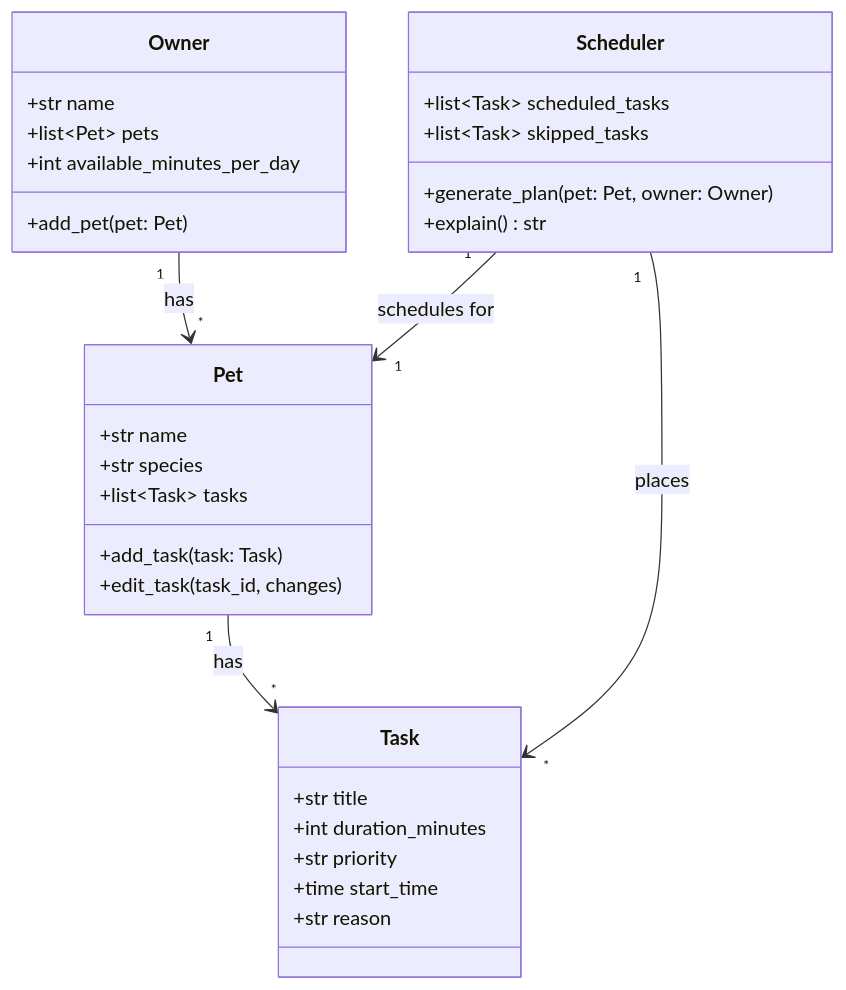
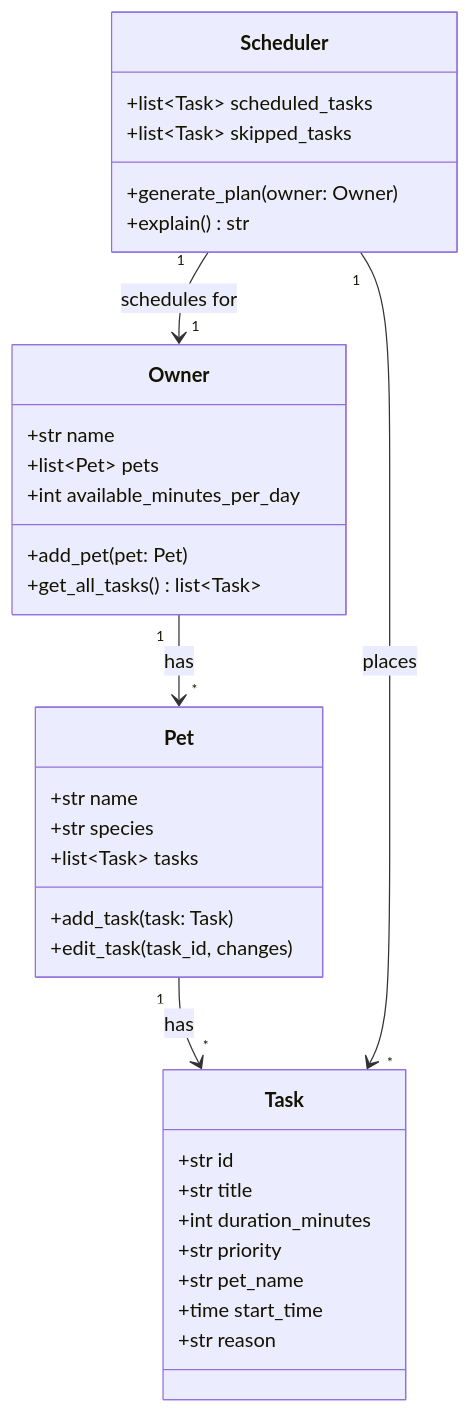
The diagram in diagrams/uml.mmd (Ayomide0727/ai110-module2show-pawpal-starter), drawn with Mermaid before and after one commit. The commit also changed 6 other files, not shown here.

First line of the commit message:
Support multi-pet scheduling, task completion, and tests

```diff
--- a/diagrams/uml.mmd
+++ b/diagrams/uml.mmd
@@ -1,37 +1,40 @@
 classDiagram
     %% PawPal+ initial design draft. Update this as the implementation evolves.
 
     class Owner {
         +str name
         +list~Pet~ pets
         +int available_minutes_per_day
         +add_pet(pet: Pet)
+        +get_all_tasks() list~Task~
     }
 
     class Pet {
         +str name
         +str species
         +list~Task~ tasks
         +add_task(task: Task)
         +edit_task(task_id, changes)
     }
 
     class Task {
+        +str id
         +str title
         +int duration_minutes
         +str priority
+        +str pet_name
         +time start_time
         +str reason
     }
 
     class Scheduler {
         +list~Task~ scheduled_tasks
         +list~Task~ skipped_tasks
-        +generate_plan(pet: Pet, owner: Owner)
+        +generate_plan(owner: Owner)
         +explain() str
     }
 
     Owner "1" --> "*" Pet : has
     Pet "1" --> "*" Task : has
-    Scheduler "1" --> "1" Pet : schedules for
+    Scheduler "1" --> "1" Owner : schedules for
     Scheduler "1" --> "*" Task : places
```
